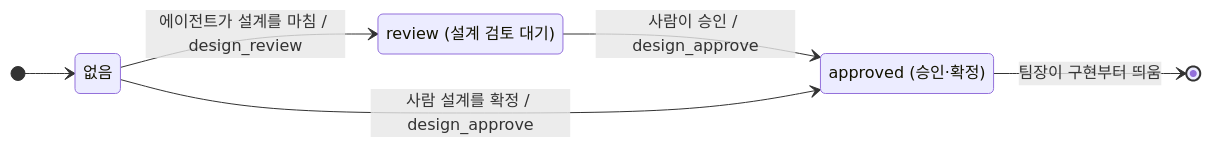
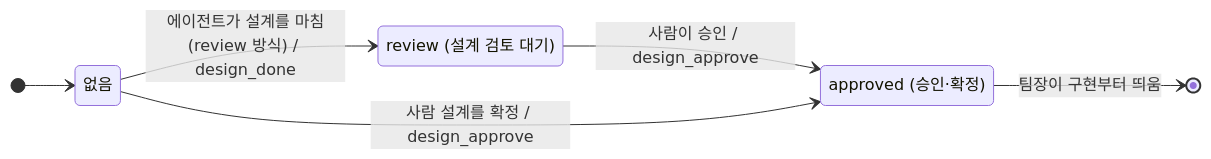
Before and after one commit to donseok/wbs-web: the second of 4 diagrams in docs/superpowers/specs/2026-09-26-design-state-dev-auto-design.md, drawn with Mermaid. The commit also changed other lines of this file, not shown here.

````diff
--- a/docs/superpowers/specs/2026-09-26-design-state-dev-auto-design.md
+++ b/docs/superpowers/specs/2026-09-26-design-state-dev-auto-design.md
@@ -53,12 +54,12 @@
 ```mermaid
 stateDiagram-v2
     direction LR
     none: 없음
     review: review (설계 검토 대기)
     approved: approved (승인·확정)
     [*] --> none
-    none --> review: 에이전트가 설계를 마침 / design_review
+    none --> review: 에이전트가 설계를 마침(review 방식) / design_done
     review --> approved: 사람이 승인 / design_approve
     none --> approved: 사람 설계를 확정 / design_approve
     approved --> [*]: 팀장이 구현부터 띄움
 ```
````
